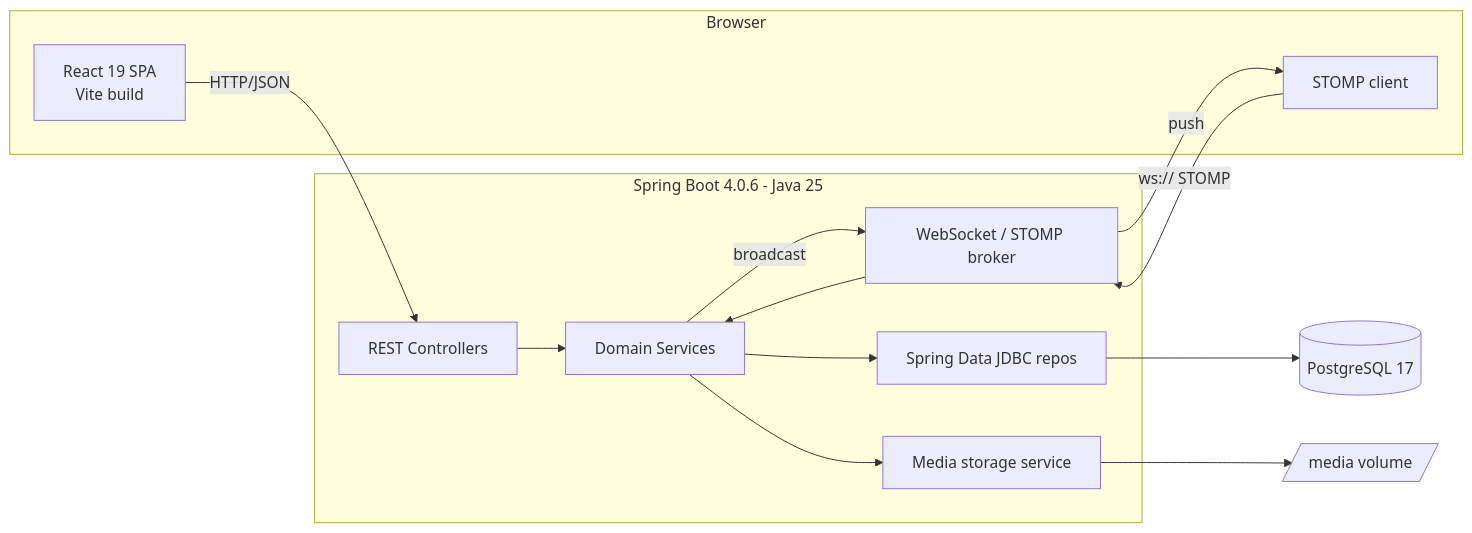
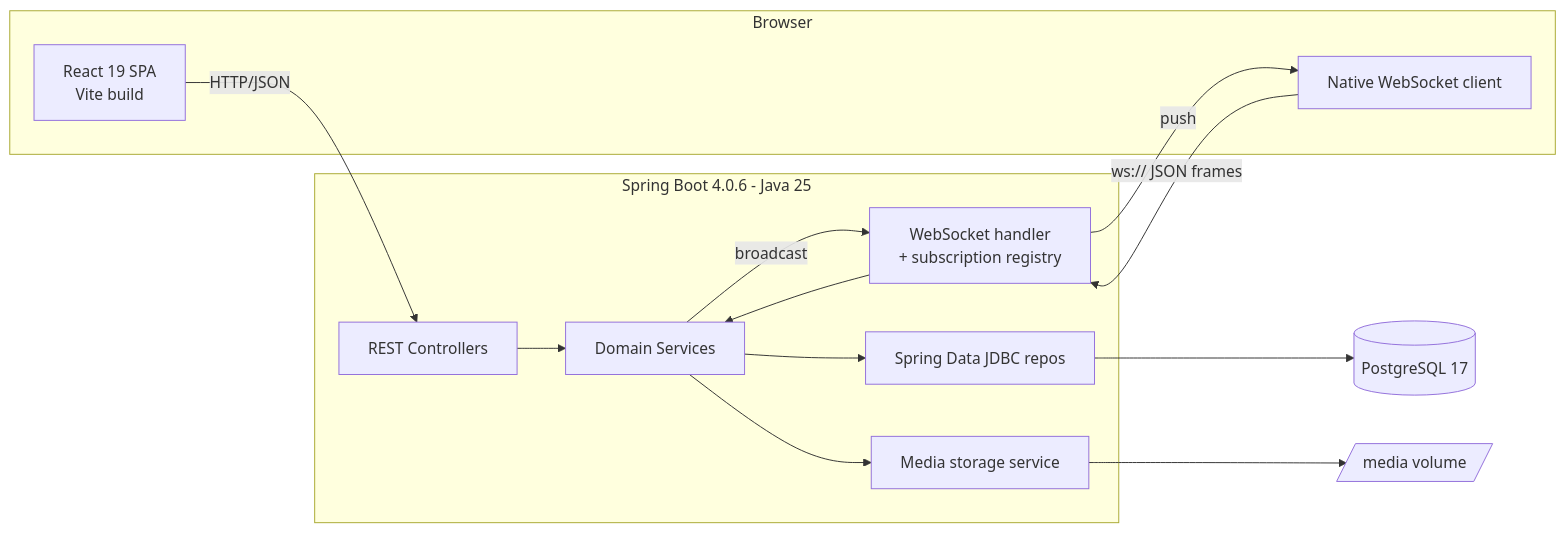
The first of 4 diagrams in pocs/java-25-slack-clone/design-doc.md (diegopacheco/java-pocs), drawn with Mermaid before and after one commit. The commit also changed other lines of this file, not shown here.

Commit message:
added slack-clone

````diff
--- a/pocs/java-25-slack-clone/design-doc.md
+++ b/pocs/java-25-slack-clone/design-doc.md
@@ -57,26 +57,26 @@
 ```mermaid
 flowchart LR
   subgraph Browser
     UI[React 19 SPA<br/>Vite build]
-    WS1[STOMP client]
+    WS1[Native WebSocket client]
   end
 
   subgraph Backend[Spring Boot 4.0.6 - Java 25]
     REST[REST Controllers]
-    WSB[WebSocket / STOMP broker]
+    WSB[WebSocket handler<br/>+ subscription registry]
     SVC[Domain Services]
     JDBC[Spring Data JDBC repos]
     FILES[Media storage service]
   end
 
   DB[(PostgreSQL 17)]
   VOL[/media volume/]
 
   UI -- HTTP/JSON --> REST
-  WS1 -- ws:// STOMP --> WSB
+  WS1 -- ws:// JSON frames --> WSB
   REST --> SVC
   WSB --> SVC
   SVC --> JDBC --> DB
   SVC --> FILES --> VOL
   SVC -- broadcast --> WSB -- push --> WS1
 ```
````
